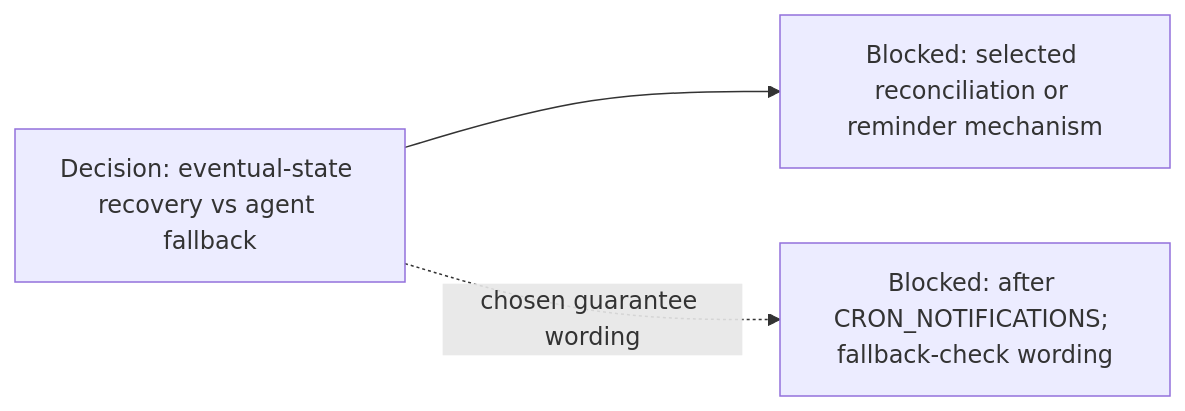
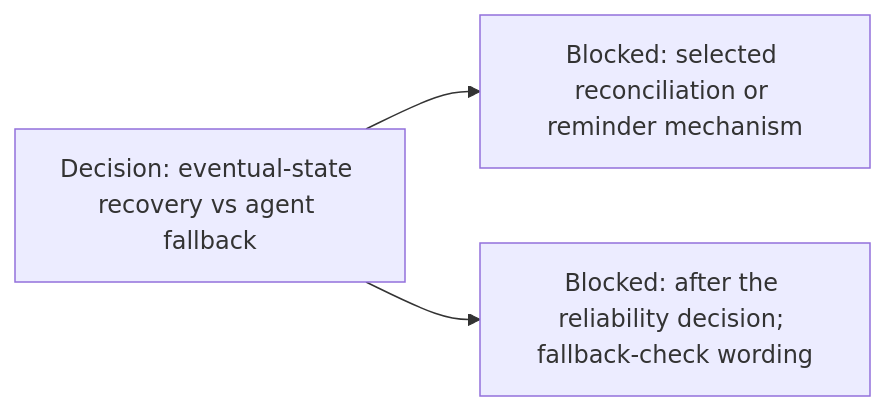
One commit to agentydragon-agent/ducktape changed the fourth of 16 diagrams in agentplane/plans/task_dag.md. Above: the diagram before and after it, drawn with Mermaid. The commit also changed other lines of this file and 18 other files, not shown here.

````diff
--- a/agentplane/plans/task_dag.md
+++ b/agentplane/plans/task_dag.md
@@ -143,8 +183,8 @@
 ```mermaid
 flowchart LR
     GITHUB_NOTICE_RELIABILITY_DESIGN[Decision: eventual-state recovery vs agent fallback]
     GITHUB_NOTIFICATION_RECOVERY[Blocked: selected reconciliation or reminder mechanism]
-    GITHUB_SHEPHERD_GUIDANCE[Blocked: after CRON_NOTIFICATIONS; fallback-check wording]
+    GITHUB_SHEPHERD_GUIDANCE[Blocked: after the reliability decision; fallback-check wording]
     GITHUB_NOTICE_RELIABILITY_DESIGN --> GITHUB_NOTIFICATION_RECOVERY
-    GITHUB_NOTICE_RELIABILITY_DESIGN -. chosen guarantee wording .-> GITHUB_SHEPHERD_GUIDANCE
+    GITHUB_NOTICE_RELIABILITY_DESIGN --> GITHUB_SHEPHERD_GUIDANCE
 ```
````
